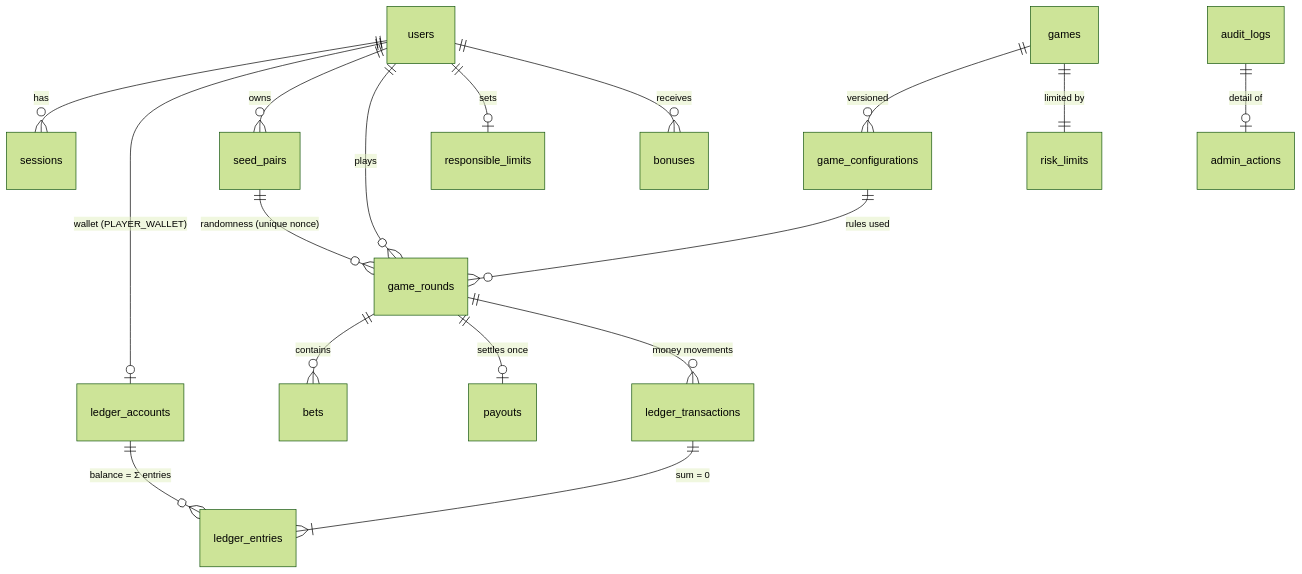
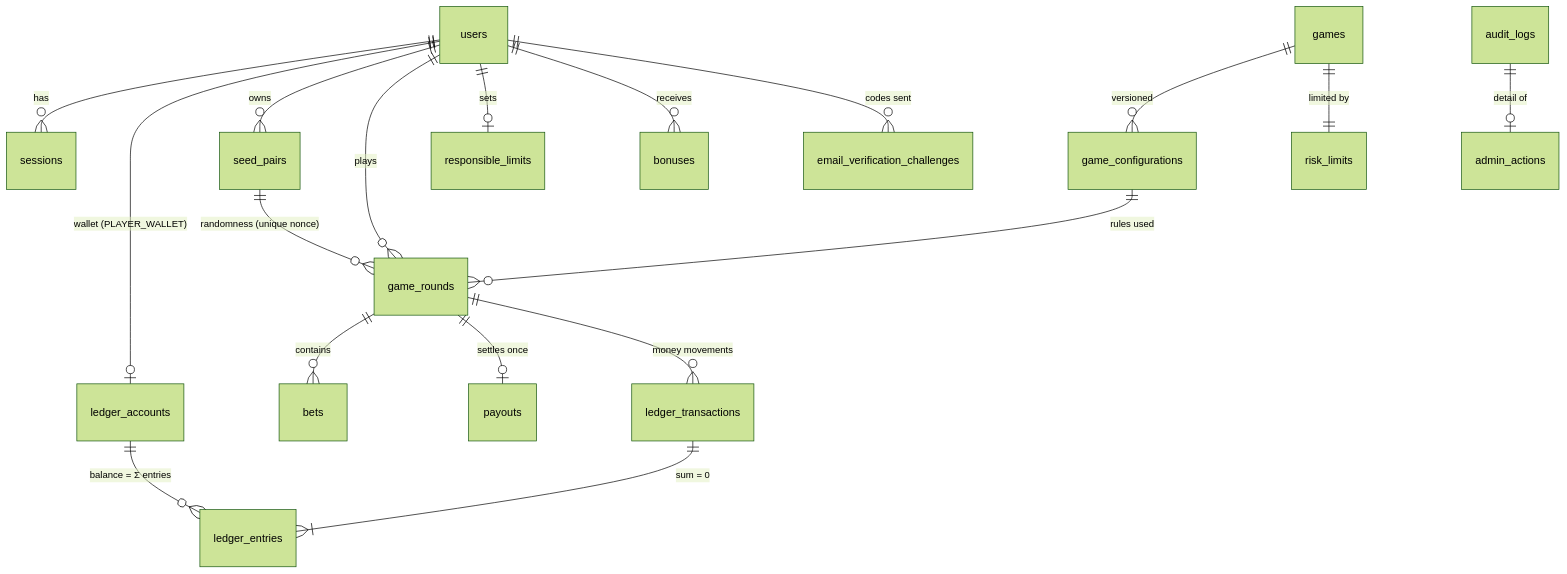
Before and after one commit to posvalukoleksandr34-svg/Casino: the diagram in docs/database.md, drawn with Mermaid (forest theme). The commit also changed other lines of this file and 11 other files, not shown here.

````diff
--- a/docs/database.md
+++ b/docs/database.md
@@ -13,19 +13,20 @@
 ```mermaid
 erDiagram
   users ||--o{ sessions : has
   users ||--o| ledger_accounts : "wallet (PLAYER_WALLET)"
   users ||--o{ seed_pairs : owns
   users ||--o{ game_rounds : plays
   users ||--o| responsible_limits : sets
   users ||--o{ bonuses : receives
+  users ||--o{ email_verification_challenges : "codes sent"
   games ||--o{ game_configurations : "versioned"
   games ||--|| risk_limits : "limited by"
   game_configurations ||--o{ game_rounds : "rules used"
   seed_pairs ||--o{ game_rounds : "randomness (unique nonce)"
   game_rounds ||--o{ bets : contains
   game_rounds ||--o| payouts : "settles once"
   game_rounds ||--o{ ledger_transactions : "money movements"
   ledger_transactions ||--|{ ledger_entries : "sum = 0"
   ledger_accounts ||--o{ ledger_entries : "balance = Σ entries"
   audit_logs ||--o| admin_actions : "detail of"
 ```
````
